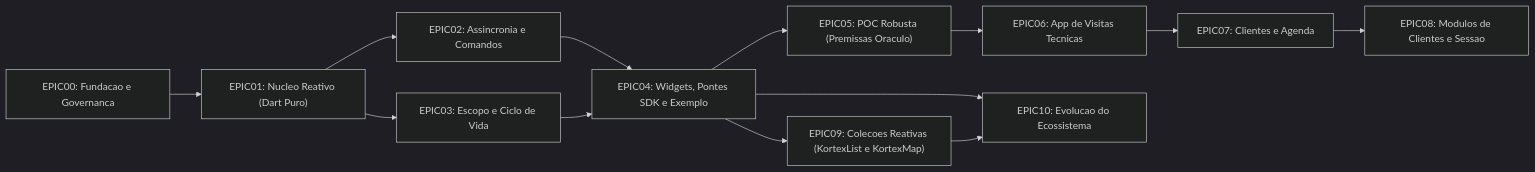
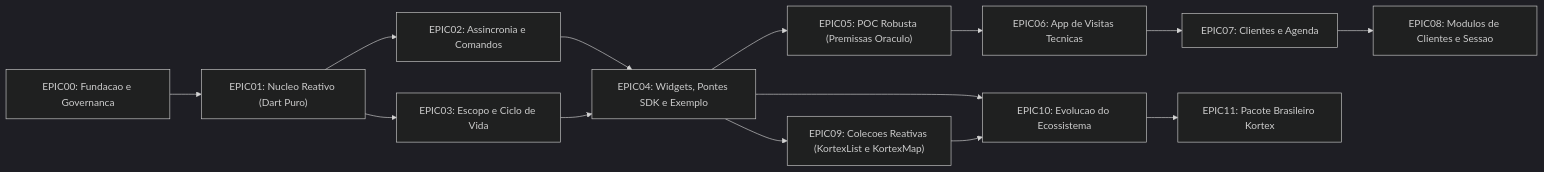
One commit to DenersonNobre/Kortex changed the diagram in docs/plan/README.md. Above: the diagram before and after it, drawn with Mermaid (dark theme). The commit also changed other lines of this file and 2 other files, not shown here.

First line of the commit message:
docs(plan): propor EPIC11 do pacote brasileiro kortex_br

````diff
--- a/docs/plan/README.md
+++ b/docs/plan/README.md
@@ -10,15 +10,16 @@
 ```mermaid
 flowchart LR
     E0["EPIC00: Fundacao e Governanca"] --> E1["EPIC01: Nucleo Reativo (Dart Puro)"]
     E1 --> E2["EPIC02: Assincronia e Comandos"]
     E1 --> E3["EPIC03: Escopo e Ciclo de Vida"]
     E2 --> E4["EPIC04: Widgets, Pontes SDK e Exemplo"]
     E3 --> E4
     E4 --> E5["EPIC05: POC Robusta (Premissas Oraculo)"]
     E5 --> E6["EPIC06: App de Visitas Tecnicas"]
     E6 --> E7["EPIC07: Clientes e Agenda"]
     E7 --> E8["EPIC08: Modulos de Clientes e Sessao"]
     E4 --> E9["EPIC09: Colecoes Reativas (KortexList e KortexMap)"]
     E4 --> E10["EPIC10: Evolucao do Ecossistema"]
     E9 --> E10
+    E10 --> E11["EPIC11: Pacote Brasileiro Kortex"]
 ```
````
